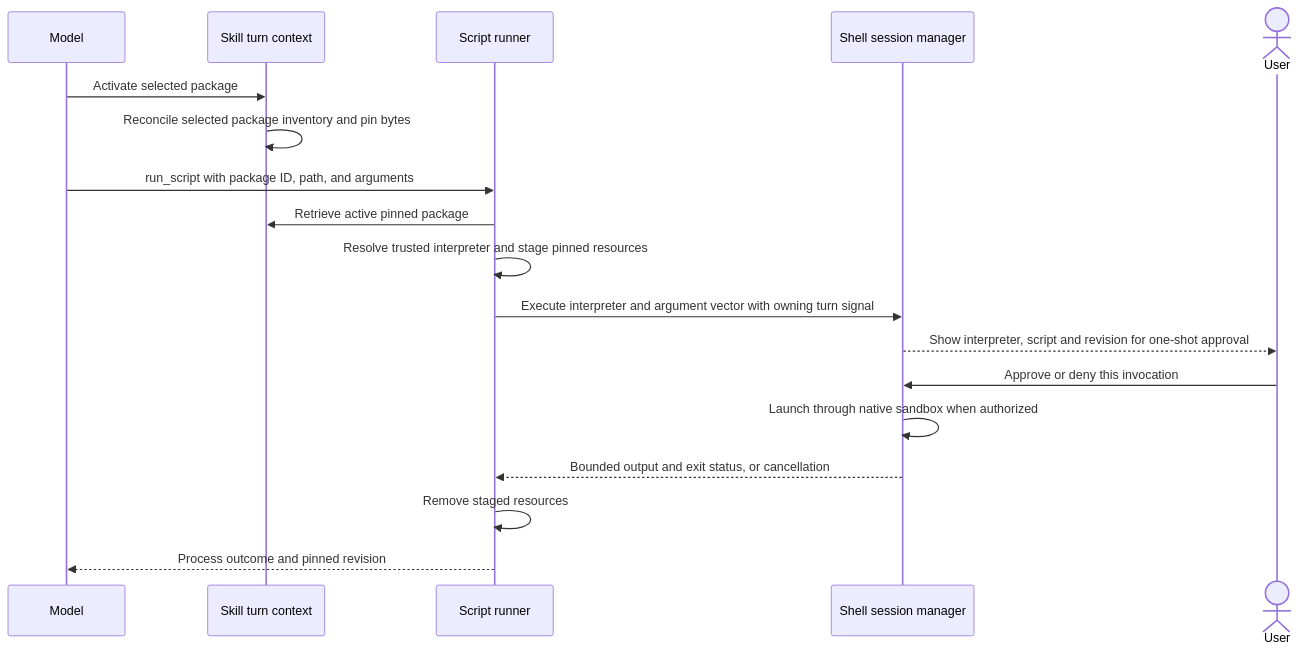
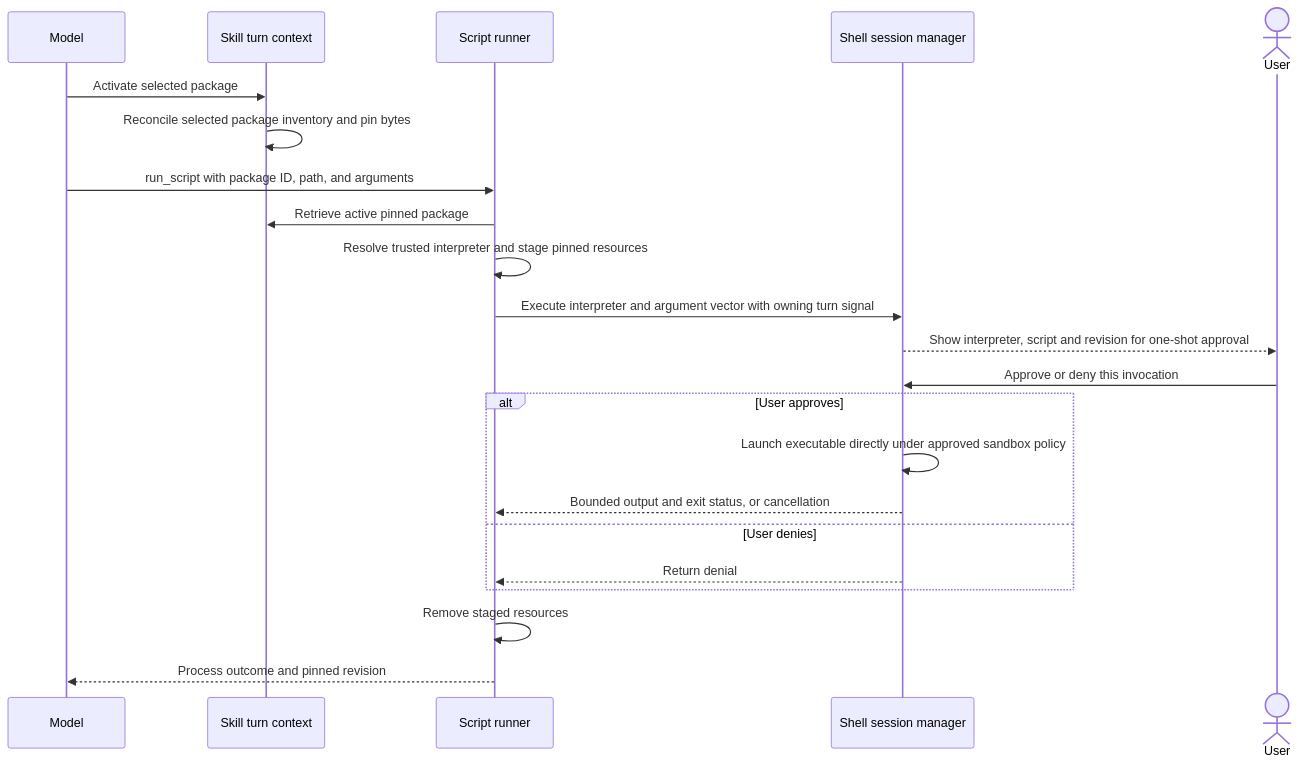
One commit to danceroutine/Glyph changed the ninth of 10 diagrams in docs/AGENT_INSTRUCTIONS.md. Above: the diagram before and after it, drawn with Mermaid. The commit also changed other lines of this file, not shown here.

Commit message:
Document instruction identity, approval and sandbox flows

````diff
--- a/docs/AGENT_INSTRUCTIONS.md
+++ b/docs/AGENT_INSTRUCTIONS.md
@@ -390,20 +400,24 @@
 ```mermaid
 sequenceDiagram
     participant Model
     participant Turn as Skill turn context
     participant Runner as Script runner
     participant Shell as Shell session manager
     actor User
     Model->>Turn: Activate selected package
     Turn->>Turn: Reconcile selected package inventory and pin bytes
     Model->>Runner: run_script with package ID, path, and arguments
     Runner->>Turn: Retrieve active pinned package
     Runner->>Runner: Resolve trusted interpreter and stage pinned resources
     Runner->>Shell: Execute interpreter and argument vector with owning turn signal
     Shell-->>User: Show interpreter, script and revision for one-shot approval
     User->>Shell: Approve or deny this invocation
-    Shell->>Shell: Launch through native sandbox when authorized
-    Shell-->>Runner: Bounded output and exit status, or cancellation
+    alt User approves
+        Shell->>Shell: Launch executable directly under approved sandbox policy
+        Shell-->>Runner: Bounded output and exit status, or cancellation
+    else User denies
+        Shell-->>Runner: Return denial
+    end
     Runner->>Runner: Remove staged resources
     Runner-->>Model: Process outcome and pinned revision
 ```
````
